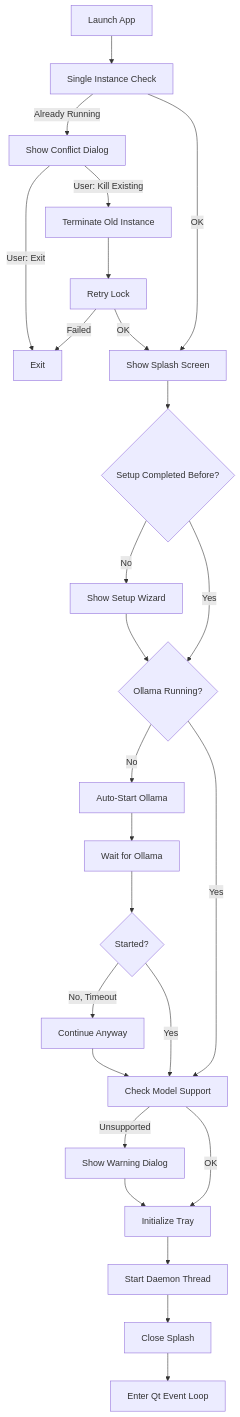
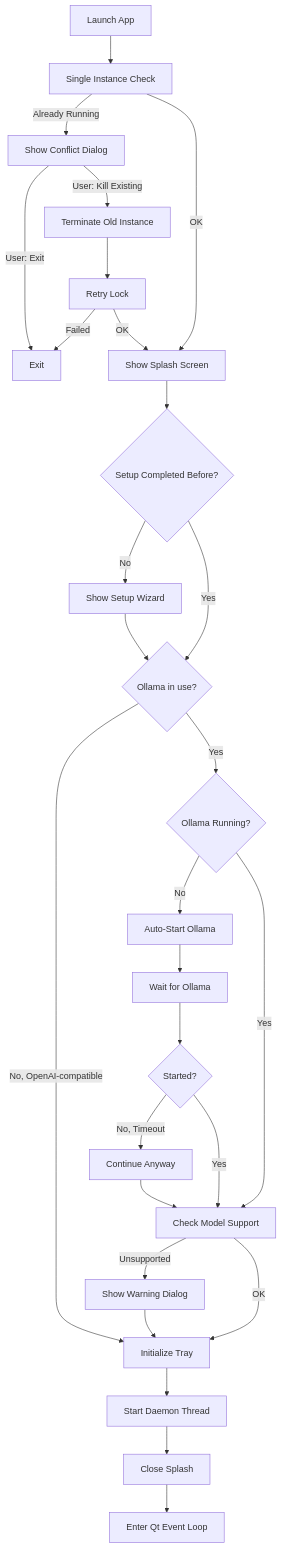
One commit to isair/jarvis changed the first of 2 diagrams in src/desktop_app/desktop_app.spec.md. Above: the diagram before and after it, drawn with Mermaid. The commit also changed other lines of this file and 2 other files, not shown here.

First line of the commit message:
fix(desktop): gate Ollama startup on the active provider

````diff
--- a/src/desktop_app/desktop_app.spec.md
+++ b/src/desktop_app/desktop_app.spec.md
@@ -35,28 +35,30 @@
 ```mermaid
 flowchart TD
     A[Launch App] --> B[Single Instance Check]
     B -->|Already Running| B2[Show Conflict Dialog]
     B2 -->|User: Exit| Z[Exit]
     B2 -->|User: Kill Existing| B3[Terminate Old Instance]
     B3 --> B4[Retry Lock]
     B4 -->|Failed| Z
     B4 -->|OK| C
     B -->|OK| C[Show Splash Screen]
     C --> D{Setup Completed Before?}
     D -->|No| E[Show Setup Wizard]
-    D -->|Yes| F{Ollama Running?}
-    E --> F
+    D -->|Yes| PR{Ollama in use?}
+    E --> PR
+    PR -->|No, OpenAI-compatible| M[Initialize Tray]
+    PR -->|Yes| F{Ollama Running?}
     F -->|No| G[Auto-Start Ollama]
     G --> H[Wait for Ollama]
     H --> I{Started?}
     I -->|No, Timeout| J[Continue Anyway]
     I -->|Yes| K[Check Model Support]
     F -->|Yes| K
     J --> K
     K -->|Unsupported| L[Show Warning Dialog]
     K -->|OK| M[Initialize Tray]
     L --> M
     M --> N[Start Daemon Thread]
     N --> O[Close Splash]
     O --> P[Enter Qt Event Loop]
 ```
````
